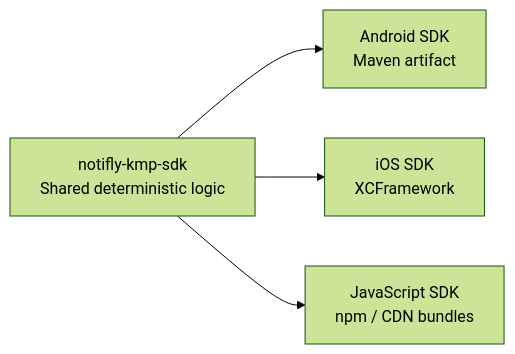
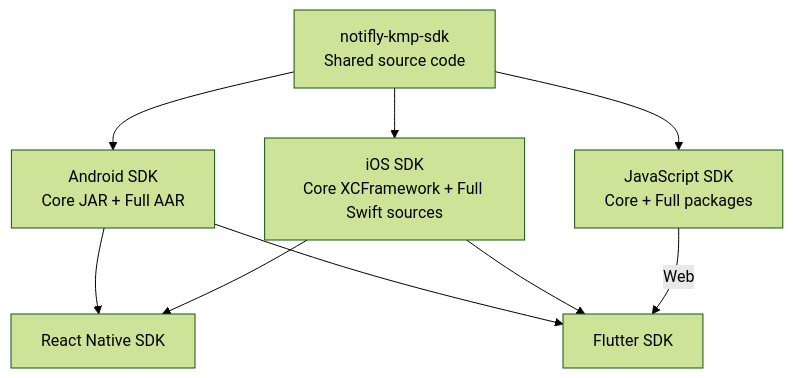
Before and after one commit to notifly-tech/notifly-kmp-sdk: the diagram in README.md, drawn with Mermaid (forest theme). The commit also changed other lines of this file, not shown here.

Commit message:
docs: align KMP README with platform-owned Core distribution

````diff
--- a/README.md
+++ b/README.md
@@ -34,11 +23,18 @@
 ```mermaid
-flowchart LR
-    KMP["notifly-kmp-sdk<br/>Shared deterministic logic"]
-    Android["Android SDK<br/>Maven artifact"]
-    iOS["iOS SDK<br/>XCFramework"]
-    JS["JavaScript SDK<br/>npm / CDN bundles"]
+flowchart TB
+    KMP["notifly-kmp-sdk<br/>Shared source code"]
+    Android["Android SDK<br/>Core JAR + Full AAR"]
+    iOS["iOS SDK<br/>Core XCFramework + Full Swift sources"]
+    JS["JavaScript SDK<br/>Core + Full packages"]
+    RN["React Native SDK"]
+    Flutter["Flutter SDK"]
 
     KMP --> Android
     KMP --> iOS
     KMP --> JS
+    Android --> RN
+    iOS --> RN
+    Android --> Flutter
+    iOS --> Flutter
+    JS -->|Web| Flutter
 ```
````
